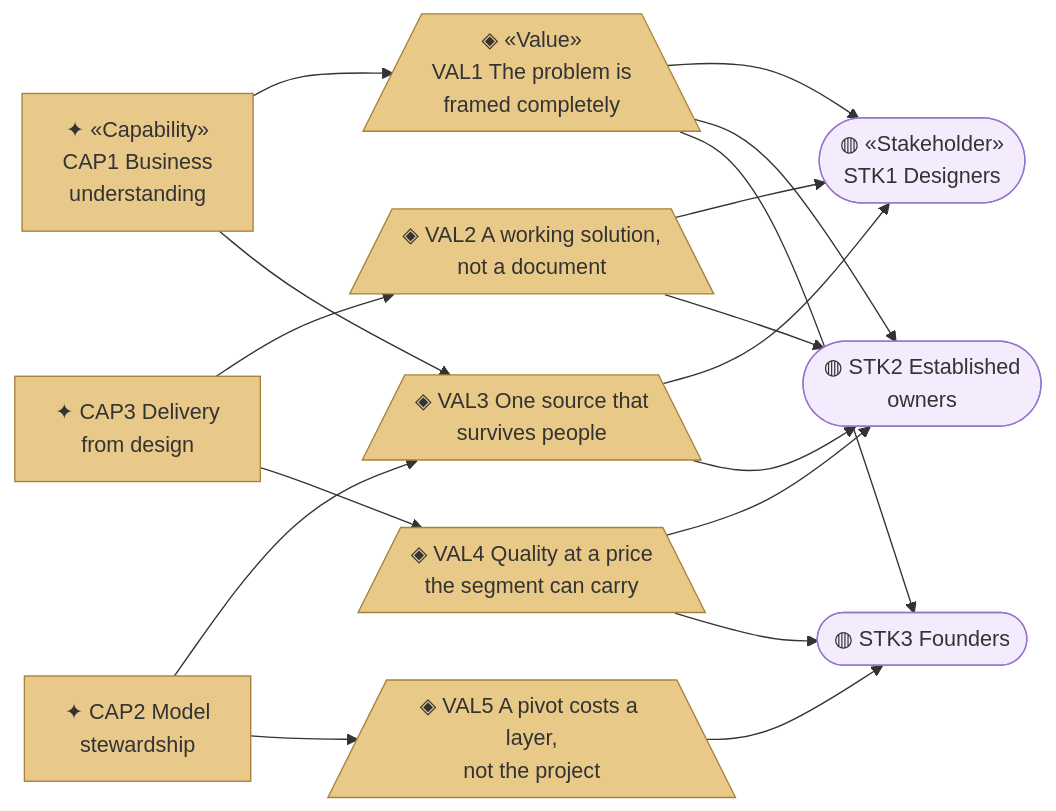
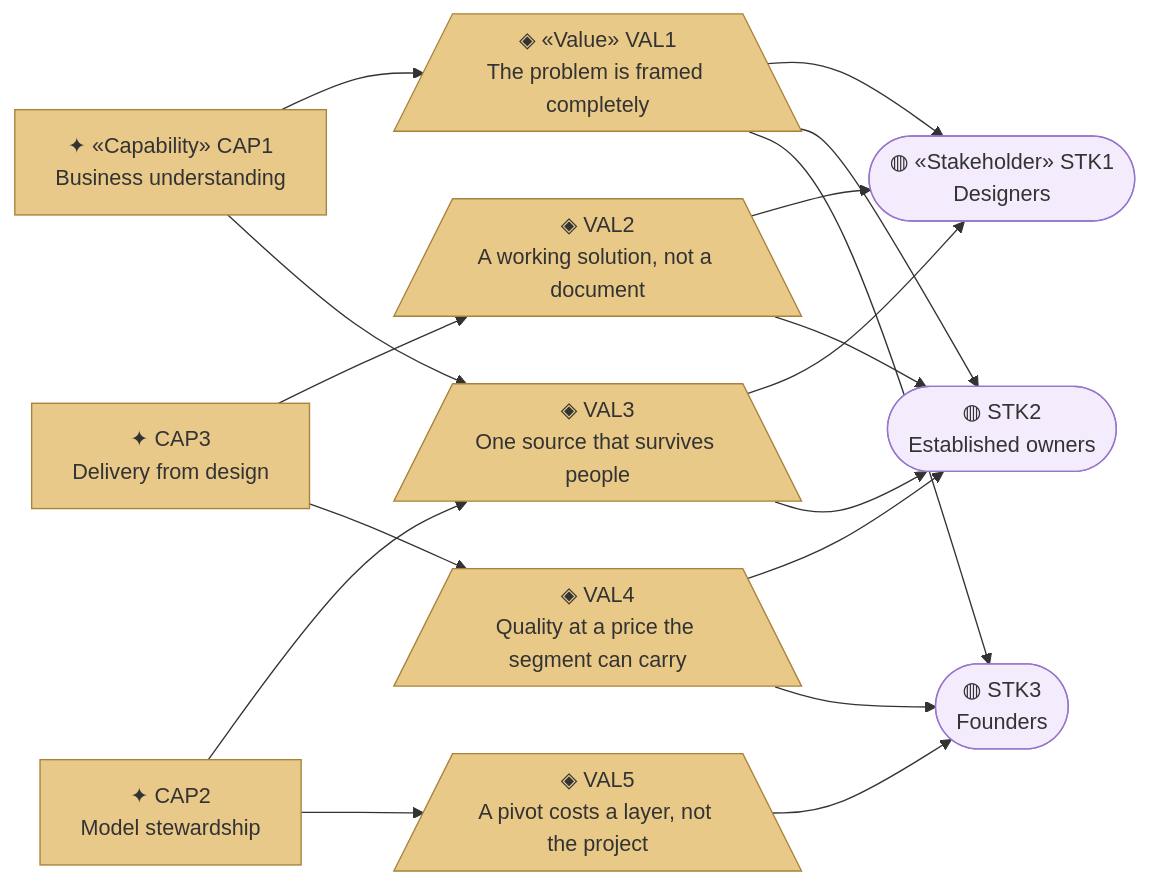
The fourth of 6 diagrams in organization/docs/ea/1_strategy/2_capabilities-and-resources.md (roanboc/architecture-archreator), drawn with Mermaid before and after one commit. The commit also changed other lines of this file and 6 other files, not shown here.

````diff
--- a/organization/docs/ea/1_strategy/2_capabilities-and-resources.md
+++ b/organization/docs/ea/1_strategy/2_capabilities-and-resources.md
@@ -171,38 +171,38 @@
 ```mermaid
 flowchart LR
-  cap1["✦ «Capability»<br>CAP1 Business<br>understanding"]:::area
-  cap2["✦ CAP2 Model<br>stewardship"]:::area
-  cap3["✦ CAP3 Delivery<br>from design"]:::area
+  cap1["✦ «Capability» CAP1<br>Business understanding"]:::area
+  cap2["✦ CAP2<br>Model stewardship"]:::area
+  cap3["✦ CAP3<br>Delivery from design"]:::area
 
-  val1[/"◈ «Value»<br>VAL1 The problem is<br>framed completely"\]:::value
-  val2[/"◈ VAL2 A working solution,<br>not a document"\]:::value
-  val3[/"◈ VAL3 One source that<br>survives people"\]:::value
-  val4[/"◈ VAL4 Quality at a price<br>the segment can carry"\]:::value
-  val5[/"◈ VAL5 A pivot costs a layer,<br>not the project"\]:::value
+  val1[/"◈ «Value» VAL1<br>The problem is framed completely"\]:::value
+  val2[/"◈ VAL2<br>A working solution, not a document"\]:::value
+  val3[/"◈ VAL3<br>One source that survives people"\]:::value
+  val4[/"◈ VAL4<br>Quality at a price the segment can carry"\]:::value
+  val5[/"◈ VAL5<br>A pivot costs a layer, not the project"\]:::value
 
-  stk1(["◍ «Stakeholder»<br>STK1 Designers"]):::stakeholder
-  stk2(["◍ STK2 Established<br>owners"]):::stakeholder
-  stk3(["◍ STK3 Founders"]):::stakeholder
+  stk1(["◍ «Stakeholder» STK1<br>Designers"]):::stakeholder
+  stk2(["◍ STK2<br>Established owners"]):::stakeholder
+  stk3(["◍ STK3<br>Founders"]):::stakeholder
 
   cap1 --> val1
   cap1 --> val3
   cap2 --> val3
   cap2 --> val5
   cap3 --> val2
   cap3 --> val4
 
   val1 --> stk1
   val1 --> stk2
   val1 --> stk3
   val2 --> stk1
   val2 --> stk2
   val3 --> stk1
   val3 --> stk2
   val4 --> stk2
   val4 --> stk3
   val5 --> stk3
 
   classDef area fill:#e8c98a,stroke:#a8813a,color:#333
   classDef value fill:#e9c987,stroke:#a8813a,color:#333
   classDef stakeholder fill:#f4ecfc,stroke:#9575cd,color:#333
 ```
````
